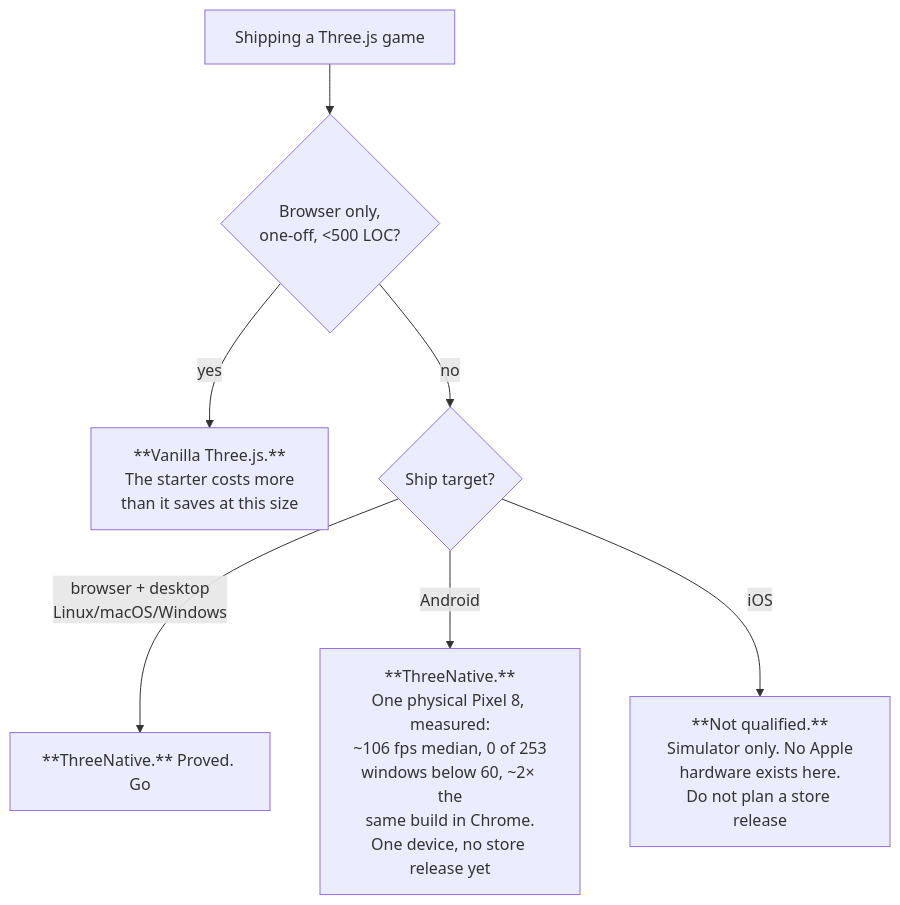
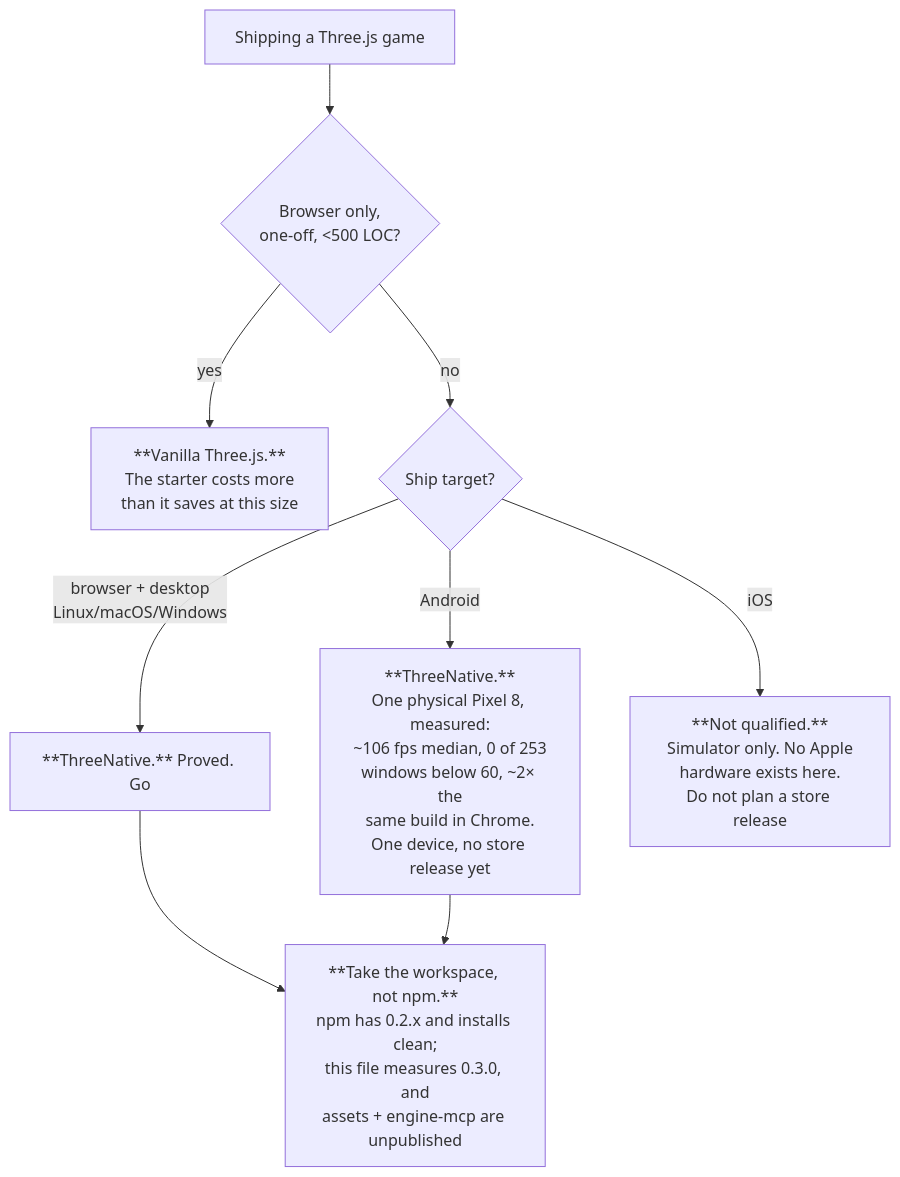
Before and after one commit to ThreeNativeHQ/threenative: the diagram in docs/strategy/VALUE-PROPOSITION.md, drawn with Mermaid. The commit also changed other lines of this file, not shown here.

````diff
--- a/docs/strategy/VALUE-PROPOSITION.md
+++ b/docs/strategy/VALUE-PROPOSITION.md
@@ -31,9 +64,12 @@
 ```mermaid
 flowchart TD
     start["Shipping a Three.js game"] --> size{"Browser only,<br/>one-off, &lt;500 LOC?"}
     size -->|yes| vanilla["**Vanilla Three.js.**<br/>The starter costs more<br/>than it saves at this size"]
     size -->|no| plat{"Ship target?"}
     plat -->|browser + desktop<br/>Linux/macOS/Windows| ok["**ThreeNative.** Proved. Go"]
     plat -->|Android| android["**ThreeNative.**<br/>One physical Pixel 8, measured:<br/>~106 fps median, 0 of 253<br/>windows below 60, ~2× the<br/>same build in Chrome.<br/>One device, no store release yet"]
     plat -->|iOS| caution["**Not qualified.**<br/>Simulator only. No Apple<br/>hardware exists here.<br/>Do not plan a store release"]
+    ok --> src
+    android --> src
+    src["**Take the workspace, not npm.**<br/>npm has 0.2.x and installs clean;<br/>this file measures 0.3.0, and<br/>assets + engine-mcp are unpublished"]
 ```
````
